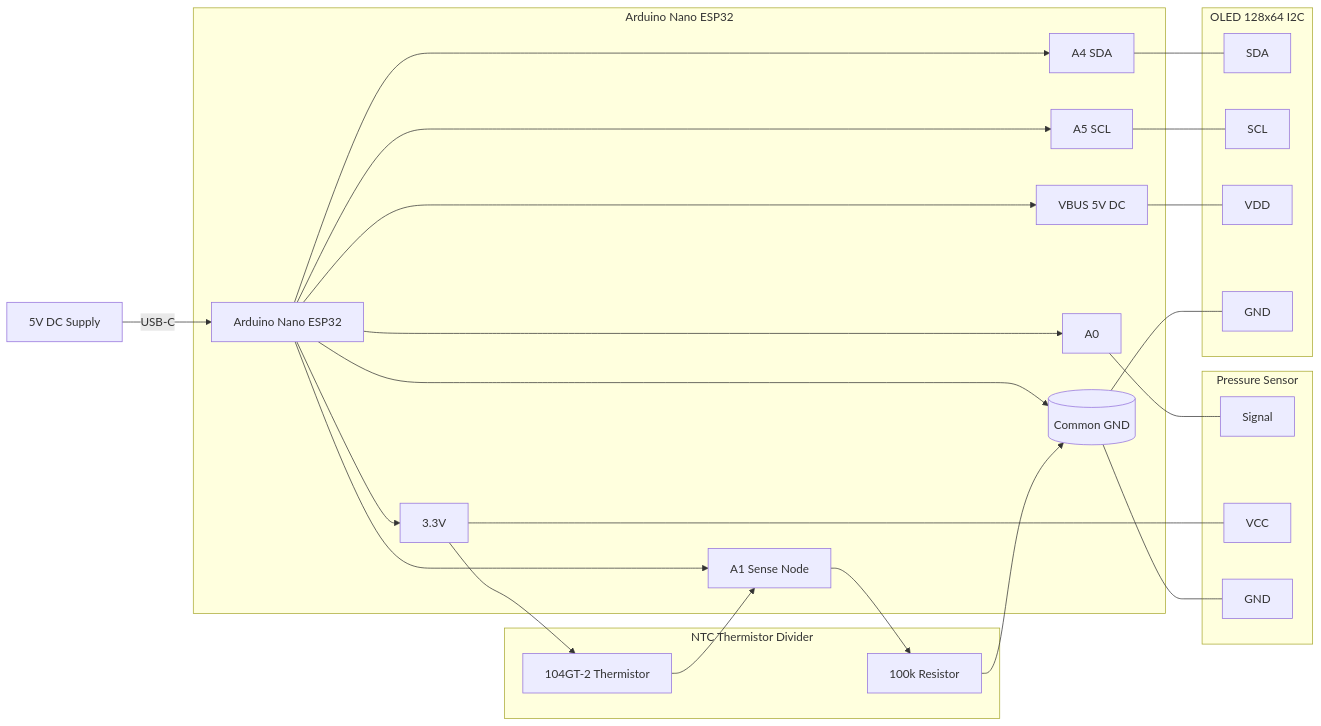
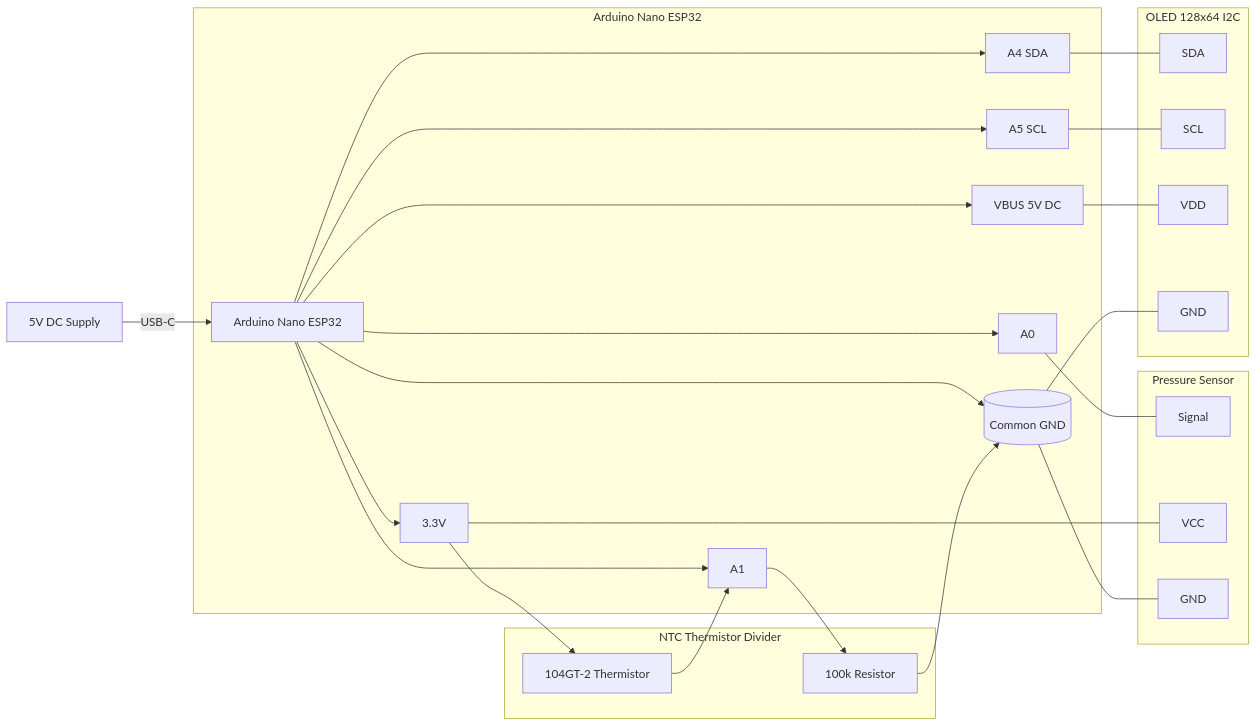
One commit to gereonwildermann/Dedicuino changed the diagram in hardware/WIRING_DIAGRAM.md. Above: the diagram before and after it, drawn with Mermaid.

Commit message:
Fix wiring diagram to simplify thermistor connection notation

````diff
--- a/hardware/WIRING_DIAGRAM.md
+++ b/hardware/WIRING_DIAGRAM.md
@@ -28,43 +28,43 @@
 ```mermaid
 flowchart LR
     PS[5V DC Supply] -->|USB-C| NANO[Arduino Nano ESP32]
     
     subgraph ARDINO[Arduino Nano ESP32]
       NANO --> GND[(Common GND)]
       NANO --> V33[3.3V]
       NANO --> A0[A0]
       NANO --> A1[A1]
       NANO --> A4[A4 SDA]
       NANO --> A5[A5 SCL]
       NANO --> VBUS[VBUS 5V DC]
     end 
 
     subgraph OLED[OLED 128x64 I2C]
       O_SDA[SDA]
       O_SCL[SCL]
       O_VDD[VDD]
       O_GND[GND]
     end
 
     A4[A4 SDA] --- O_SDA
     A5[A5 SCL] --- O_SCL
     VBUS[VBUS 5V DC] --- O_VDD
     GND --- O_GND
 
     subgraph PRESS[Pressure Sensor]
       P_OUT[Signal]
       P_VCC[VCC]
       P_GND[GND]
     end
 
     A0[A0] --- P_OUT
     V33[3.3V] --- P_VCC
     GND --- P_GND
 
     subgraph TEMP[NTC Thermistor Divider]
       V33 --> TH[104GT-2 Thermistor]
-      TH --> A1[A1 Sense Node]
+      TH --> A1
       A1 --> R100[100k Resistor]
       R100 --> GND
     end
 ```
````
